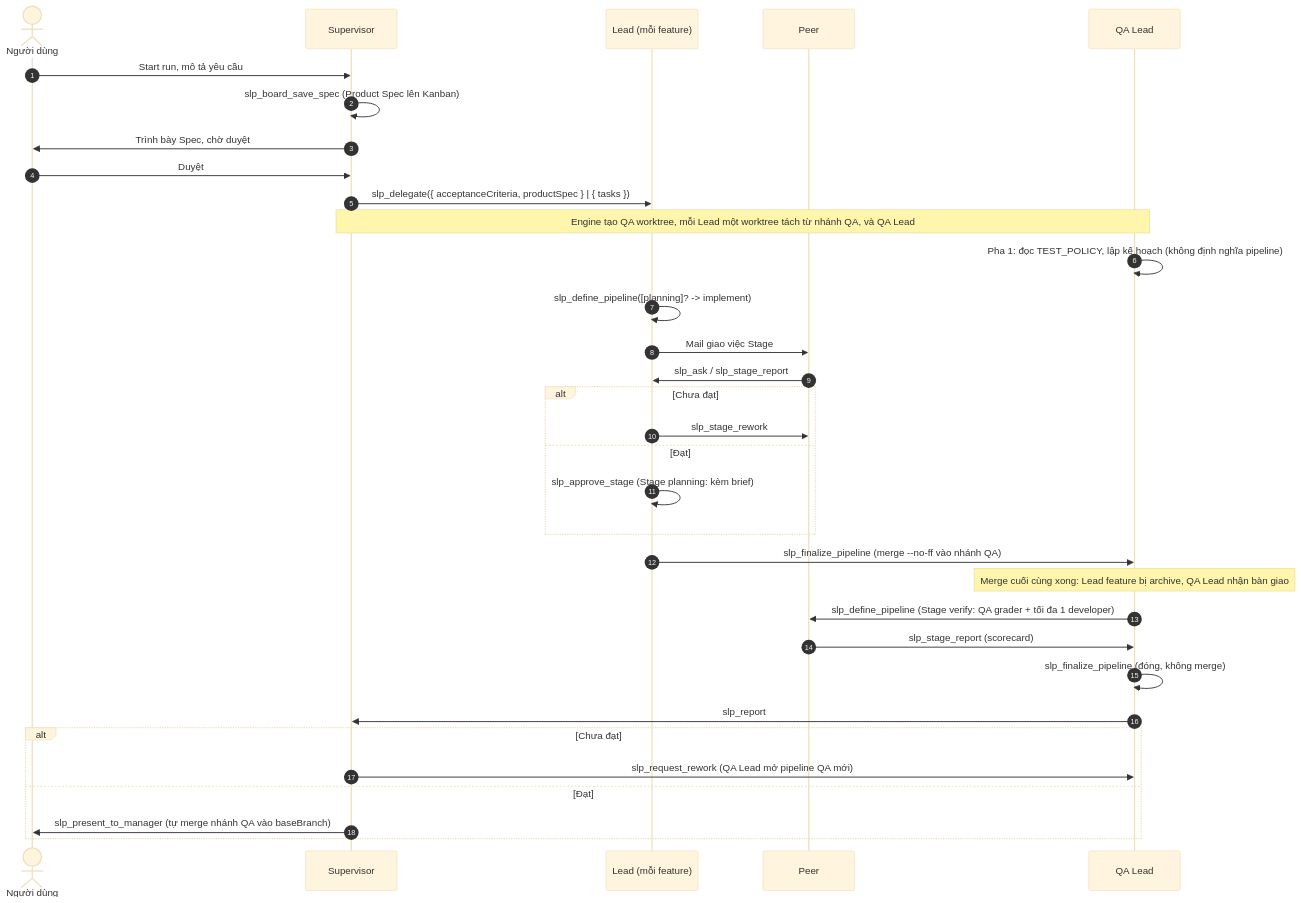
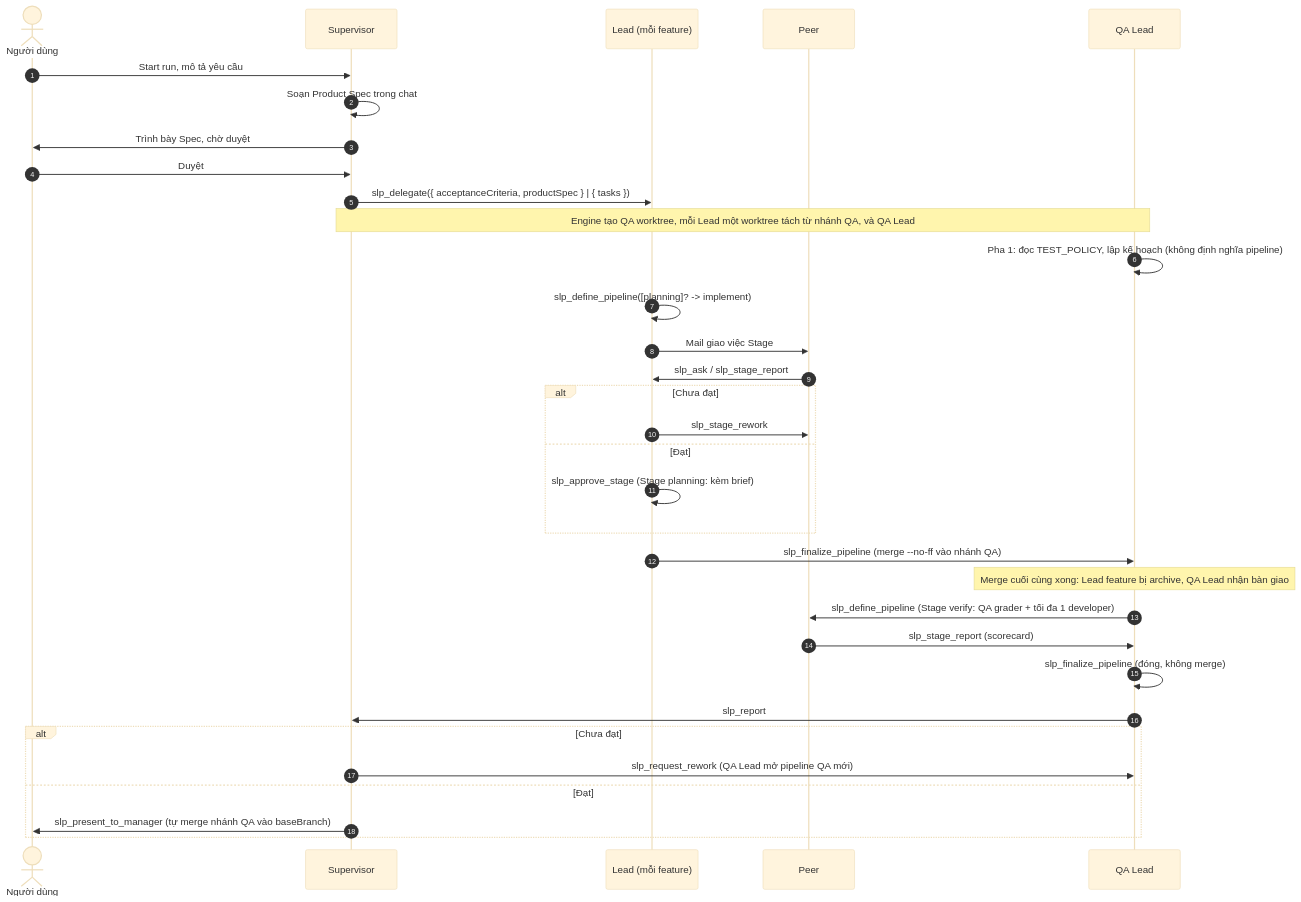
Before and after one commit to anmeo2204/paseo-slp-orchestrator: the second of 2 diagrams in README.md, drawn with Mermaid (base theme). The commit also changed other lines of this file and 36 other files, not shown here.

First line of the commit message:
feat(slp): drop the in-plugin Kanban and revise locked briefs on the pipeline

````diff
--- a/README.md
+++ b/README.md
@@ -104,36 +104,36 @@
 ```mermaid
 sequenceDiagram
     autonumber
     actor User as Người dùng
     participant Sup as Supervisor
     participant L as Lead (mỗi feature)
     participant P as Peer
     participant QA as QA Lead
 
     User->>Sup: Start run, mô tả yêu cầu
-    Sup->>Sup: slp_board_save_spec (Product Spec lên Kanban)
+    Sup->>Sup: Soạn Product Spec trong chat
     Sup->>User: Trình bày Spec, chờ duyệt
     User->>Sup: Duyệt
     Sup->>L: slp_delegate({ acceptanceCriteria, productSpec } | { tasks })
     Note over Sup,QA: Engine tạo QA worktree, mỗi Lead một worktree tách từ nhánh QA, và QA Lead
     QA->>QA: Pha 1: đọc TEST_POLICY, lập kế hoạch (không định nghĩa pipeline)
     L->>L: slp_define_pipeline([planning]? -> implement)
     L->>P: Mail giao việc Stage
     P->>L: slp_ask / slp_stage_report
     alt Chưa đạt
         L->>P: slp_stage_rework
     else Đạt
         L->>L: slp_approve_stage (Stage planning: kèm brief)
     end
     L->>QA: slp_finalize_pipeline (merge --no-ff vào nhánh QA)
     Note over QA: Merge cuối cùng xong: Lead feature bị archive, QA Lead nhận bàn giao
     QA->>P: slp_define_pipeline (Stage verify: QA grader + tối đa 1 developer)
     P->>QA: slp_stage_report (scorecard)
     QA->>QA: slp_finalize_pipeline (đóng, không merge)
     QA->>Sup: slp_report
     alt Chưa đạt
         Sup->>QA: slp_request_rework (QA Lead mở pipeline QA mới)
     else Đạt
         Sup->>User: slp_present_to_manager (tự merge nhánh QA vào baseBranch)
     end
 ```
````
